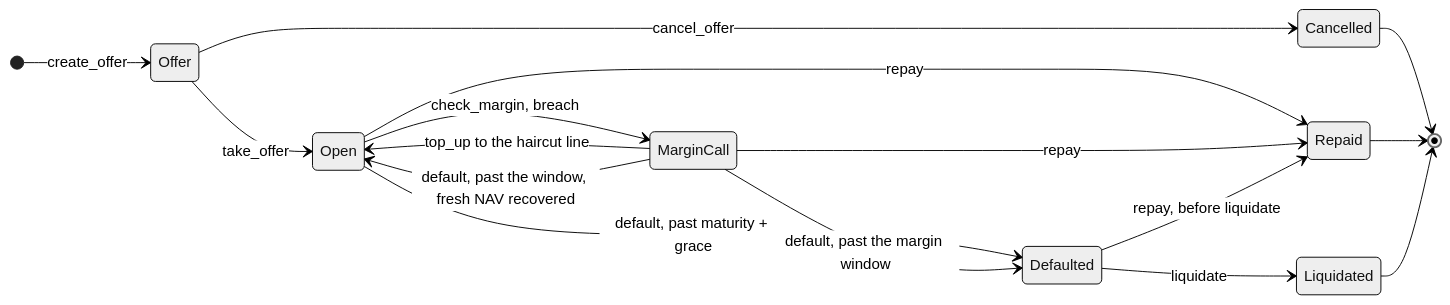
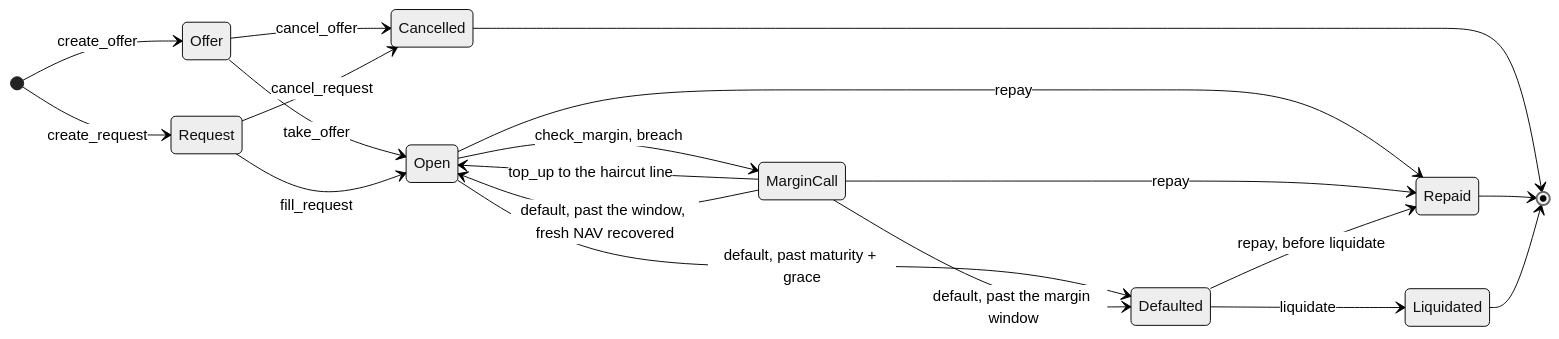
The second of 2 diagrams in README.md (rcusans-code/Caravel), drawn with Mermaid (neutral theme) before and after one commit. The commit also changed other lines of this file and 218 other files, not shown here.

````diff
--- a/README.md
+++ b/README.md
@@ -103,19 +103,22 @@
 ```mermaid
 stateDiagram-v2
   direction LR
   [*] --> Offer: create_offer
   Offer --> Cancelled: cancel_offer
   Offer --> Open: take_offer
+  [*] --> Request: create_request
+  Request --> Cancelled: cancel_request
+  Request --> Open: fill_request
   Open --> MarginCall: check_margin, breach
   MarginCall --> Open: top_up to the haircut line
   Open --> Repaid: repay
   MarginCall --> Repaid: repay
   Open --> Defaulted: default, past maturity + grace
   MarginCall --> Defaulted: default, past the margin window
   MarginCall --> Open: default, past the window, fresh NAV recovered
   Defaulted --> Liquidated: liquidate
   Defaulted --> Repaid: repay, before liquidate
   Cancelled --> [*]
   Repaid --> [*]
   Liquidated --> [*]
 ```
````
